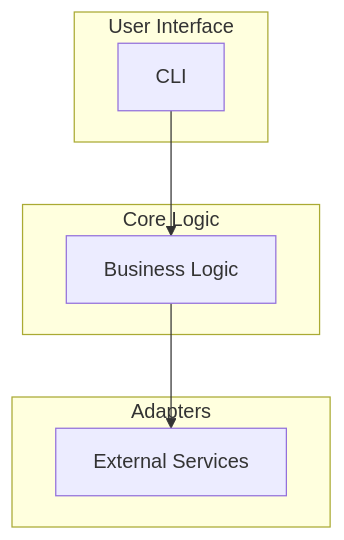
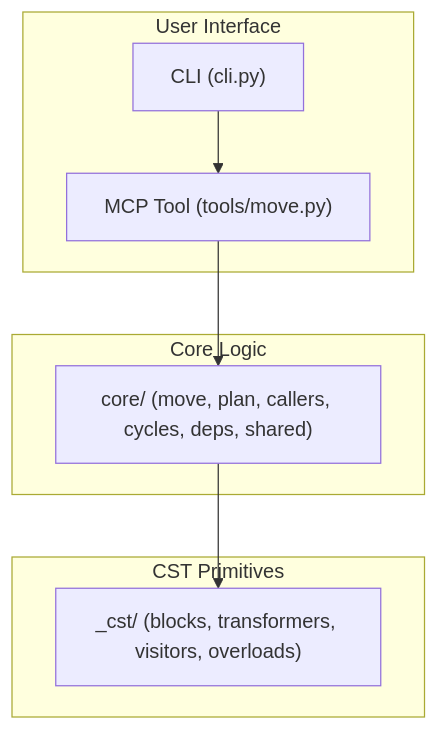
Before and after one commit to axm-protocols/axm-forge: the diagram in packages/axm-anvil/docs/explanation/architecture.md, drawn with Mermaid. The commit also changed other lines of this file, not shown here.

First line of the commit message:
docs(axm-anvil): fix architecture page drift against code

````diff
--- a/packages/axm-anvil/docs/explanation/architecture.md
+++ b/packages/axm-anvil/docs/explanation/architecture.md
@@ -7,17 +7,19 @@
 ```mermaid
 graph TD
     subgraph "User Interface"
-        CLI["CLI"]
+        CLI["CLI (cli.py)"]
+        Tool["MCP Tool (tools/move.py)"]
     end
 
     subgraph "Core Logic"
-        Core["Business Logic"]
+        Core["core/ (move, plan, callers, cycles, deps, shared)"]
     end
 
-    subgraph "Adapters"
-        Ext["External Services"]
+    subgraph "CST Primitives"
+        Cst["_cst/ (blocks, transformers, visitors, overloads)"]
     end
 
-    CLI --> Core
-    Core --> Ext
+    CLI --> Tool
+    Tool --> Core
+    Core --> Cst
 ```
````
